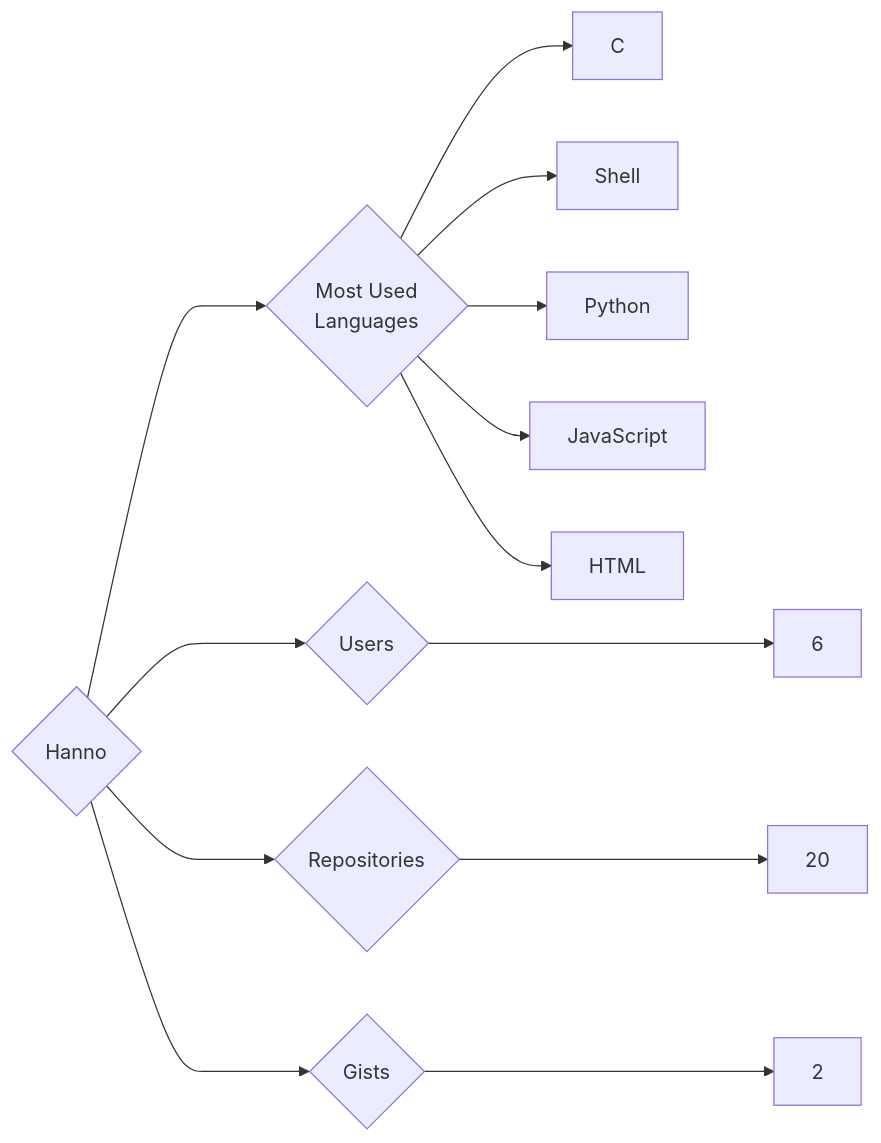
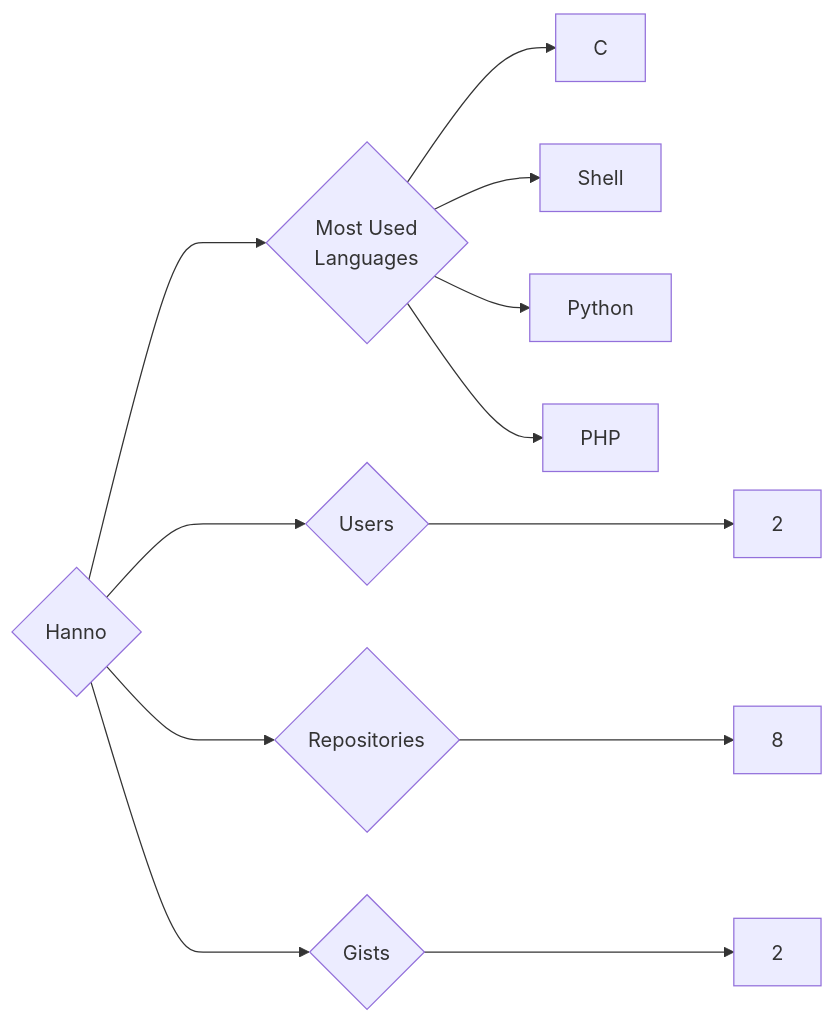
The diagram in targets/Hanno/README.md (trickest/insiders), drawn with Mermaid before and after one commit. The commit also changed 953 other files, not shown here.

````diff
--- a/targets/Hanno/README.md
+++ b/targets/Hanno/README.md
@@ -3,13 +3,12 @@
 ```mermaid
 graph LR
 COMPANY_NAME{Hanno}
-COMPANY_NAME ---> U{Users} ---> UN[6]
-COMPANY_NAME ---> R{Repositories} ---> RN[20]
+COMPANY_NAME ---> U{Users} ---> UN[2]
+COMPANY_NAME ---> R{Repositories} ---> RN[8]
 COMPANY_NAME ---> G{Gists} ---> GN[2]
 COMPANY_NAME ---> ML{Most Used<br>Languages}
 ML --> C[C]
 ML --> Shell[Shell]
 ML --> Python[Python]
-ML --> JavaScript[JavaScript]
-ML --> HTML[HTML]
+ML --> PHP[PHP]
 ```
````
